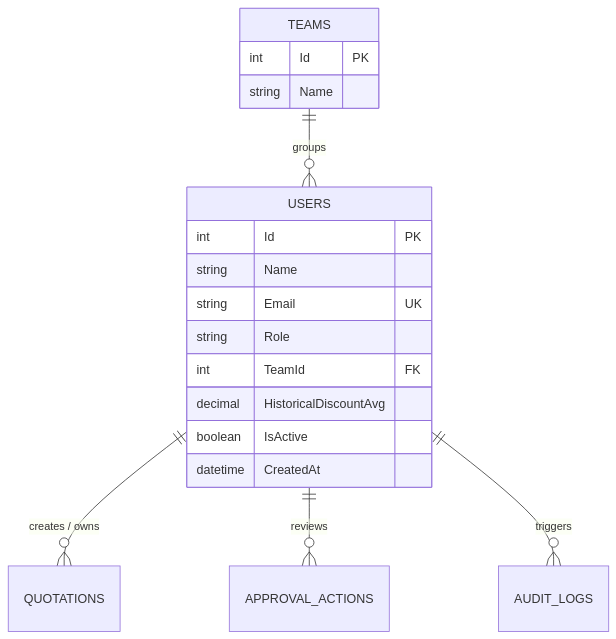
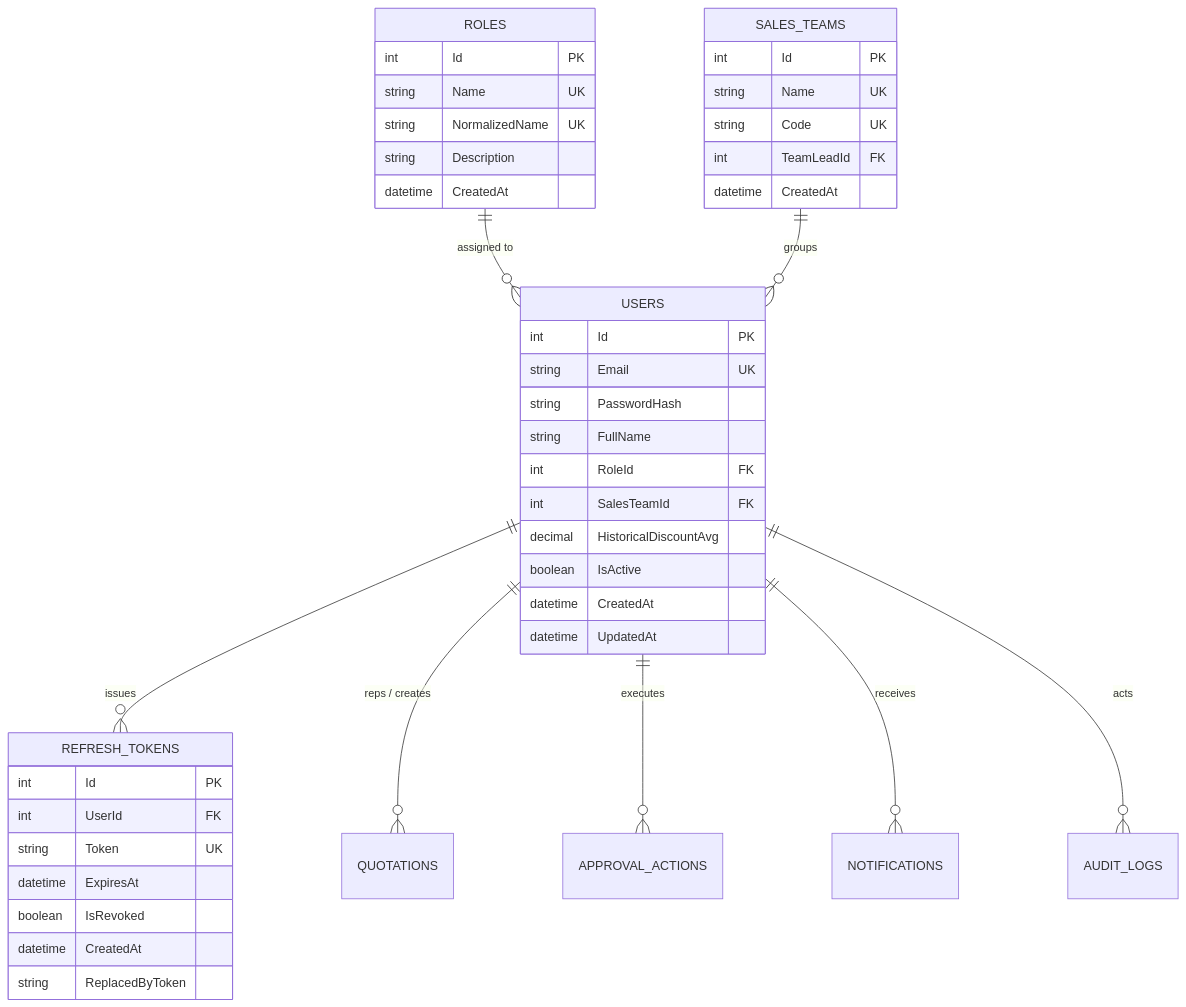
Before and after one commit to aniruddh209/Odoo-Heckathon-Gandhinagar: the first of 8 diagrams in docs/database/DEALFLOW360_ERD.md, drawn with Mermaid. The commit also changed other lines of this file and 3 other files, not shown here.

Commit message:
docs(database): integrate validated 41-entity relational schema into Master PRD and database blueprint

````diff
--- a/docs/database/DEALFLOW360_ERD.md
+++ b/docs/database/DEALFLOW360_ERD.md
@@ -12,23 +12,49 @@
 ```mermaid
 erDiagram
-    USERS ||--o{ QUOTATIONS : "creates / owns"
-    USERS ||--o{ APPROVAL_ACTIONS : "reviews"
-    USERS ||--o{ AUDIT_LOGS : "triggers"
-    TEAMS ||--o{ USERS : "groups"
+    ROLES ||--o{ USERS : "assigned to"
+    SALES_TEAMS ||--o{ USERS : "groups"
+    USERS ||--o{ REFRESH_TOKENS : "issues"
+    USERS ||--o{ QUOTATIONS : "reps / creates"
+    USERS ||--o{ APPROVAL_ACTIONS : "executes"
+    USERS ||--o{ NOTIFICATIONS : "receives"
+    USERS ||--o{ AUDIT_LOGS : "acts"
+
+    ROLES {
+        int Id PK
+        string Name UK
+        string NormalizedName UK
+        string Description
+        datetime CreatedAt
+    }
+
+    SALES_TEAMS {
+        int Id PK
+        string Name UK
+        string Code UK
+        int TeamLeadId FK
+        datetime CreatedAt
+    }
 
     USERS {
         int Id PK
-        string Name
         string Email UK
-        string Role
-        int TeamId FK
+        string PasswordHash
+        string FullName
+        int RoleId FK
+        int SalesTeamId FK
         decimal HistoricalDiscountAvg
         boolean IsActive
         datetime CreatedAt
+        datetime UpdatedAt
     }
 
-    TEAMS {
+    REFRESH_TOKENS {
         int Id PK
-        string Name
+        int UserId FK
+        string Token UK
+        datetime ExpiresAt
+        boolean IsRevoked
+        datetime CreatedAt
+        string ReplacedByToken
     }
 ```
````
